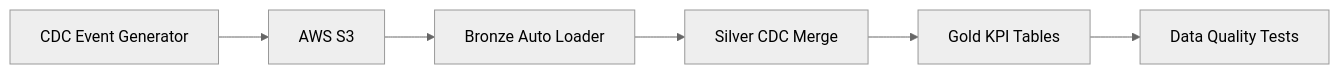
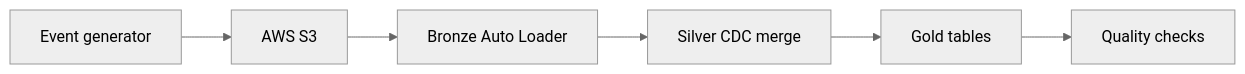
Before and after one commit to Sat99496/E-commerce_cdc_lakehouse: the diagram in README.md, drawn with Mermaid (neutral theme). The commit also changed other lines of this file, not shown here.

````diff
--- a/README.md
+++ b/README.md
@@ -9,8 +11,8 @@
 ```mermaid
 flowchart LR
-    A[CDC Event Generator] --> B[AWS S3]
+    A[Event generator] --> B[AWS S3]
     B --> C[Bronze Auto Loader]
-    C --> D[Silver CDC Merge]
-    D --> E[Gold KPI Tables]
-    E --> F[Data Quality Tests]
+    C --> D[Silver CDC merge]
+    D --> E[Gold tables]
+    E --> F[Quality checks]
 ```
````
